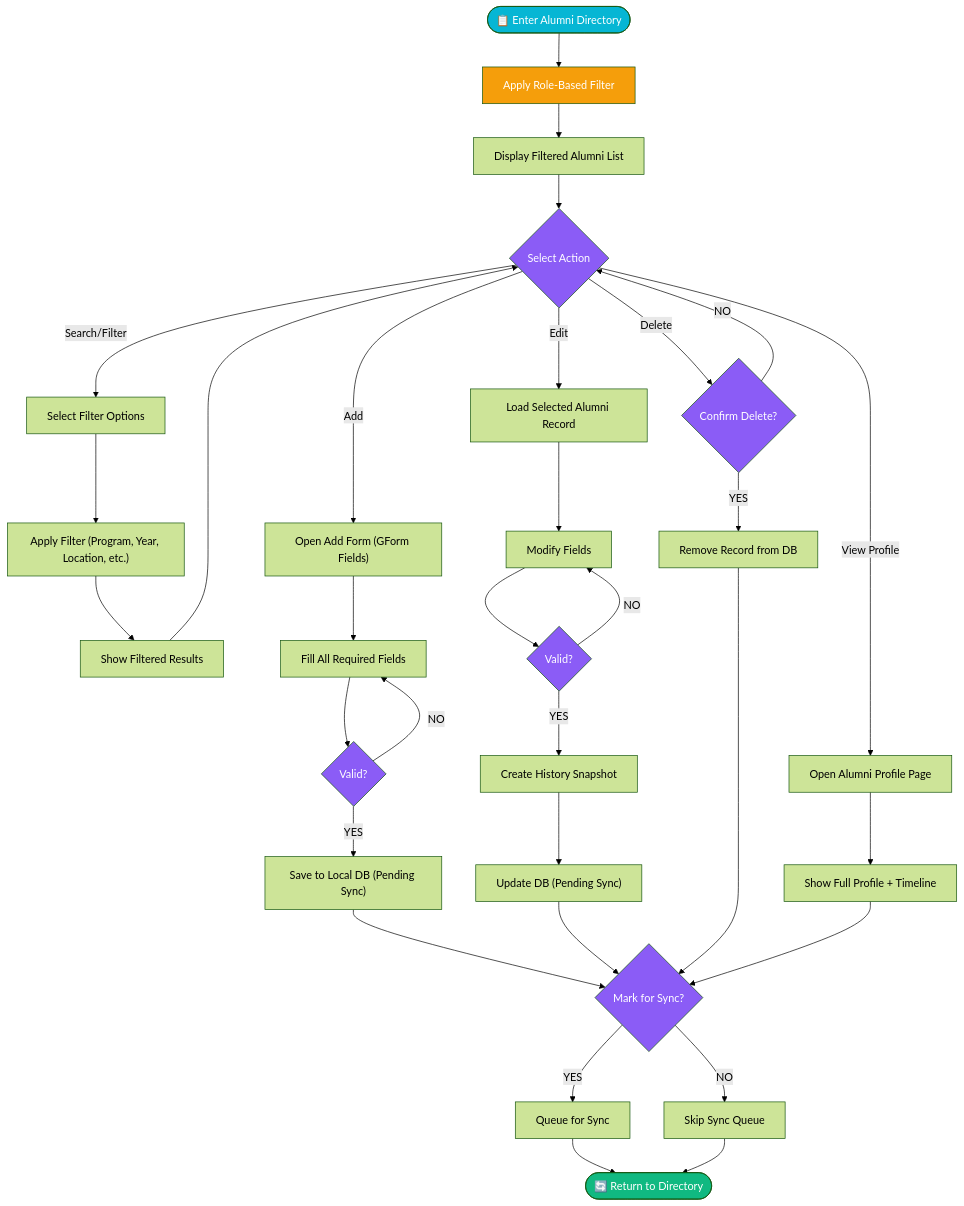
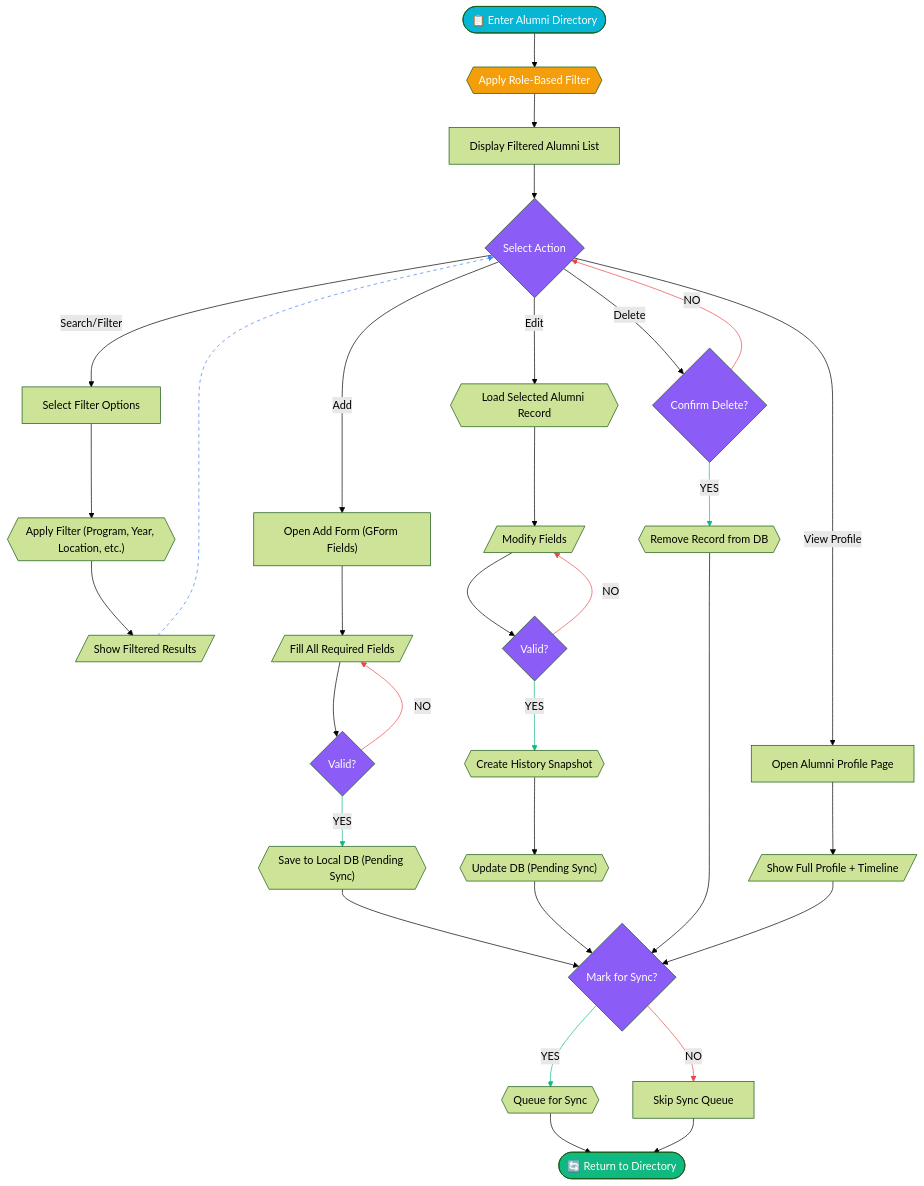
The fourth of 10 diagrams in docs/technical/alumni-db-flowcharts.md (rakuya-khun/alumni-db), drawn with Mermaid (forest theme) before and after one commit. The commit also changed other lines of this file, not shown here.

Commit message:
docs: flowchart mermaid markdown shape adjustment

````diff
--- a/docs/technical/alumni-db-flowcharts.md
+++ b/docs/technical/alumni-db-flowcharts.md
@@ -197,49 +212,58 @@
 ```mermaid
 flowchart TD
-    A([📋 Enter Alumni Directory]) --> B["Apply Role-Based Filter"]
+    A([📋 Enter Alumni Directory]) --> B{{"Apply Role-Based Filter"}}
     B --> C[Display Filtered Alumni List]
     C --> D{Select Action}
 
     D -- Search/Filter --> E[Select Filter Options]
-    E --> F["Apply Filter (Program, Year, Location, etc.)"]
-    F --> G[Show Filtered Results]
+    E --> F{{"Apply Filter (Program, Year, Location, etc.)"}}
+    F --> G[/"Show Filtered Results"/]
     G --> D
 
     D -- Add --> H["Open Add Form (GForm Fields)"]
-    H --> I["Fill All Required Fields"]
+    H --> I[/"Fill All Required Fields"/]
     I --> J{Valid?}
     J -- NO --> I
-    J -- YES --> K["Save to Local DB (Pending Sync)"]
+    J -- YES --> K{{"Save to Local DB (Pending Sync)"}}
     K --> L
 
-    D -- Edit --> M[Load Selected Alumni Record]
-    M --> N["Modify Fields"]
+    D -- Edit --> M{{"Load Selected Alumni Record"}}
+    M --> N[/"Modify Fields"/]
     N --> O{Valid?}
     O -- NO --> N
-    O -- YES --> P["Create History Snapshot"]
-    P --> Q["Update DB (Pending Sync)"]
+    O -- YES --> P{{"Create History Snapshot"}}
+    P --> Q{{"Update DB (Pending Sync)"}}
     Q --> L
 
     D -- Delete --> R{Confirm Delete?}
     R -- NO --> D
-    R -- YES --> S[Remove Record from DB]
+    R -- YES --> S{{"Remove Record from DB"}}
     S --> L
 
     D -- View Profile --> T[Open Alumni Profile Page]
-    T --> U["Show Full Profile + Timeline"]
+    T --> U[/"Show Full Profile + Timeline"/]
     U --> L
 
     L{Mark for Sync?}
-    L -- YES --> V[Queue for Sync]
+    L -- YES --> V{{"Queue for Sync"}}
     L -- NO --> W[Skip Sync Queue]
     V & W --> X([🔄 Return to Directory])
 
     style A fill:#06b6d4,color:#fff
     style X fill:#10b981,color:#fff
     style D fill:#8b5cf6,color:#fff
     style J fill:#8b5cf6,color:#fff
     style O fill:#8b5cf6,color:#fff
     style R fill:#8b5cf6,color:#fff
     style L fill:#8b5cf6,color:#fff
     style B fill:#f59e0b,color:#fff
+    linkStyle 6 stroke:#3b82f6,stroke-dasharray:5
+    linkStyle 10 stroke:#ef4444
+    linkStyle 11 stroke:#10b981
+    linkStyle 16 stroke:#ef4444
+    linkStyle 17 stroke:#10b981
+    linkStyle 21 stroke:#ef4444
+    linkStyle 22 stroke:#10b981
+    linkStyle 27 stroke:#10b981
+    linkStyle 28 stroke:#ef4444
 ```
````
